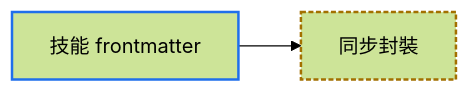
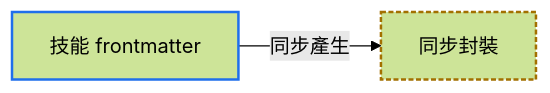
One commit to Aery9527/misty-marketplace changed the first of 8 diagrams in skills/write-md/references/mermaid-guide_zhTW.md. Above: the diagram before and after it, drawn with Mermaid (forest theme). The commit also changed other lines of this file and 11 other files, not shown here.

First line of the commit message:
docs(write-md): 精簡共通規則並修正 Mermaid 範例一致性

````diff
--- a/skills/write-md/references/mermaid-guide_zhTW.md
+++ b/skills/write-md/references/mermaid-guide_zhTW.md
@@ -63,9 +60,9 @@
 ```mermaid
 flowchart LR
-    Source["技能 frontmatter"] --> Bundle["同步封裝"]
+    Source["技能 frontmatter"] -->|同步產生| Bundle["同步封裝"]
 
     classDef source stroke:#1f6feb,stroke-width:2px
     classDef derived stroke:#a37000,stroke-width:2px,stroke-dasharray:4 2
     class Source source
     class Bundle derived
 ```
````
